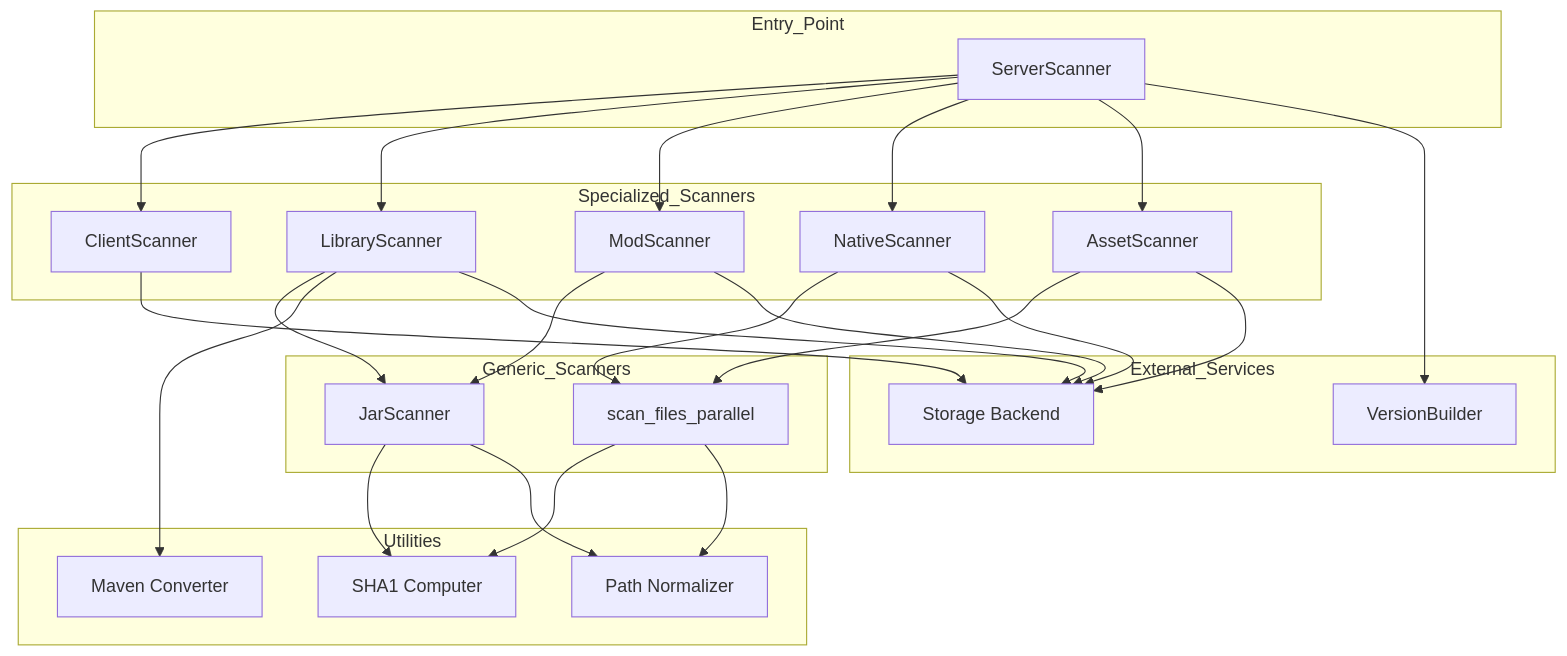
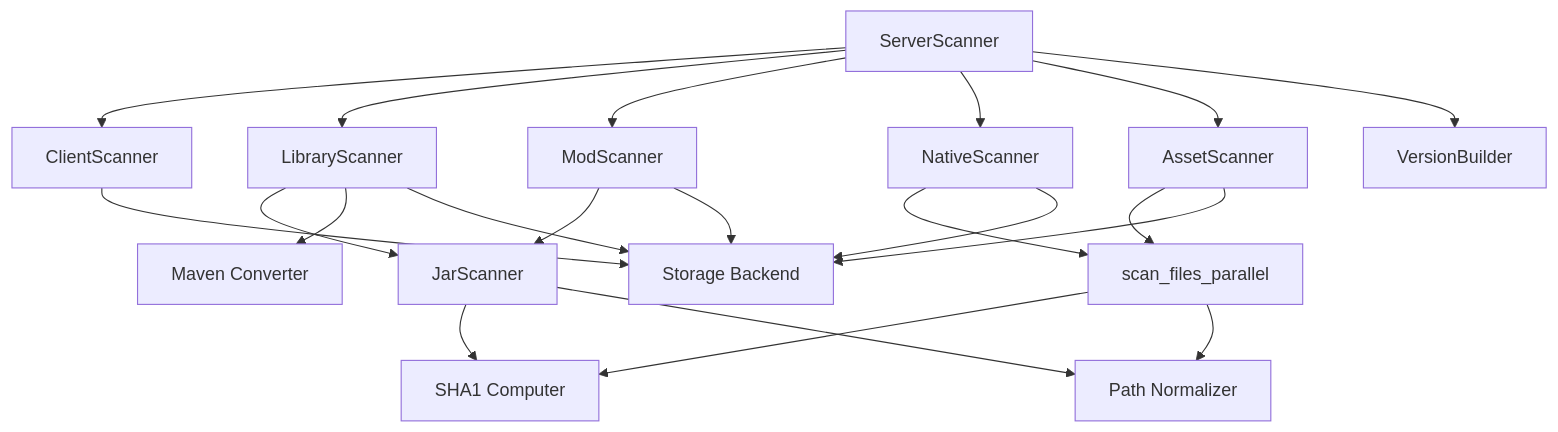
The first of 8 diagrams in crates/scanner/docs/architecture.md (Lighty-Launcher/LightyUpdater), drawn with Mermaid before and after one commit. The commit also changed other lines of this file and 33 other files, not shown here.

Commit message:
improve docs with mermaid implémentation for gitbook

````diff
--- a/crates/scanner/docs/architecture.md
+++ b/crates/scanner/docs/architecture.md
@@ -9,55 +9,27 @@
 ```mermaid
-graph TB
-    subgraph Entry_Point
-        SS[ServerScanner]
-    end
+flowchart TB
+    SS[ServerScanner] --> CS[ClientScanner]
+    SS --> LS[LibraryScanner]
+    SS --> MS[ModScanner]
+    SS --> NS[NativeScanner]
+    SS --> AS[AssetScanner]
 
-    subgraph Specialized_Scanners
-        CS[ClientScanner]
-        LS[LibraryScanner]
-        MS[ModScanner]
-        NS[NativeScanner]
-        AS[AssetScanner]
-    end
-
-    subgraph Generic_Scanners
-        JS[JarScanner]
-        FP[scan_files_parallel]
-    end
-
-    subgraph Utilities
-        Hash[SHA1 Computer]
-        Path[Path Normalizer]
-        Maven[Maven Converter]
-    end
-
-    subgraph External_Services
-        Storage[Storage Backend]
-        Models[VersionBuilder]
-    end
-
-    SS --> CS
-    SS --> LS
-    SS --> MS
-    SS --> NS
-    SS --> AS
-
-    LS --> JS
+    LS --> JS[JarScanner]
     MS --> JS
-    NS --> FP
+    NS --> FP[scan_files_parallel]
     AS --> FP
 
-    JS --> Hash
+    JS --> Hash[SHA1 Computer]
     FP --> Hash
-    JS --> Path
+    JS --> Path[Path Normalizer]
     FP --> Path
-    LS --> Maven
+    LS --> Maven[Maven Converter]
 
-    CS --> Storage
+    CS --> Storage[Storage Backend]
     LS --> Storage
     MS --> Storage
     NS --> Storage
     AS --> Storage
 
-    SS --> Models
+    SS --> Models[VersionBuilder]
 ```
````
